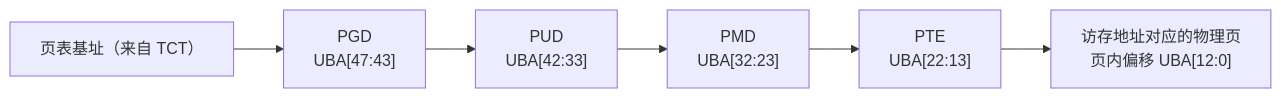
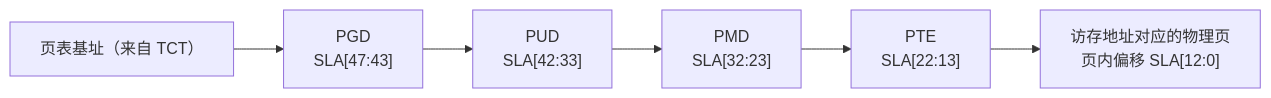
The eighth of 8 diagrams in doc/design_plan/内存池化SDecoder和SMMU部件设计方案2.6/内存池化SDecoder和SMMU部件设计方案v2.6.md (DuBirdFly/C1_SDecoder), drawn with Mermaid before and after one commit. The commit also changed other lines of this file and 1 other file, not shown here.

First line of the commit message:
docs(design): UBA 术语改为 SLA 并将 v2.6 原始 docx 移入 backup

````diff
--- a/doc/design_plan/内存池化SDecoder和SMMU部件设计方案2.6/内存池化SDecoder和SMMU部件设计方案v2.6.md
+++ b/doc/design_plan/内存池化SDecoder和SMMU部件设计方案2.6/内存池化SDecoder和SMMU部件设计方案v2.6.md
@@ -305,8 +305,8 @@
 ```mermaid
 flowchart LR
-    TCT["页表基址（来自 TCT）"] --> PGD["PGD<br/>UBA[47:43]"]
-    PGD --> PUD["PUD<br/>UBA[42:33]"]
-    PUD --> PMD["PMD<br/>UBA[32:23]"]
-    PMD --> PTE["PTE<br/>UBA[22:13]"]
-    PTE --> PAGE["访存地址对应的物理页<br/>页内偏移 UBA[12:0]"]
+    TCT["页表基址（来自 TCT）"] --> PGD["PGD<br/>SLA[47:43]"]
+    PGD --> PUD["PUD<br/>SLA[42:33]"]
+    PUD --> PMD["PMD<br/>SLA[32:23]"]
+    PMD --> PTE["PTE<br/>SLA[22:13]"]
+    PTE --> PAGE["访存地址对应的物理页<br/>页内偏移 SLA[12:0]"]
 ```
````
